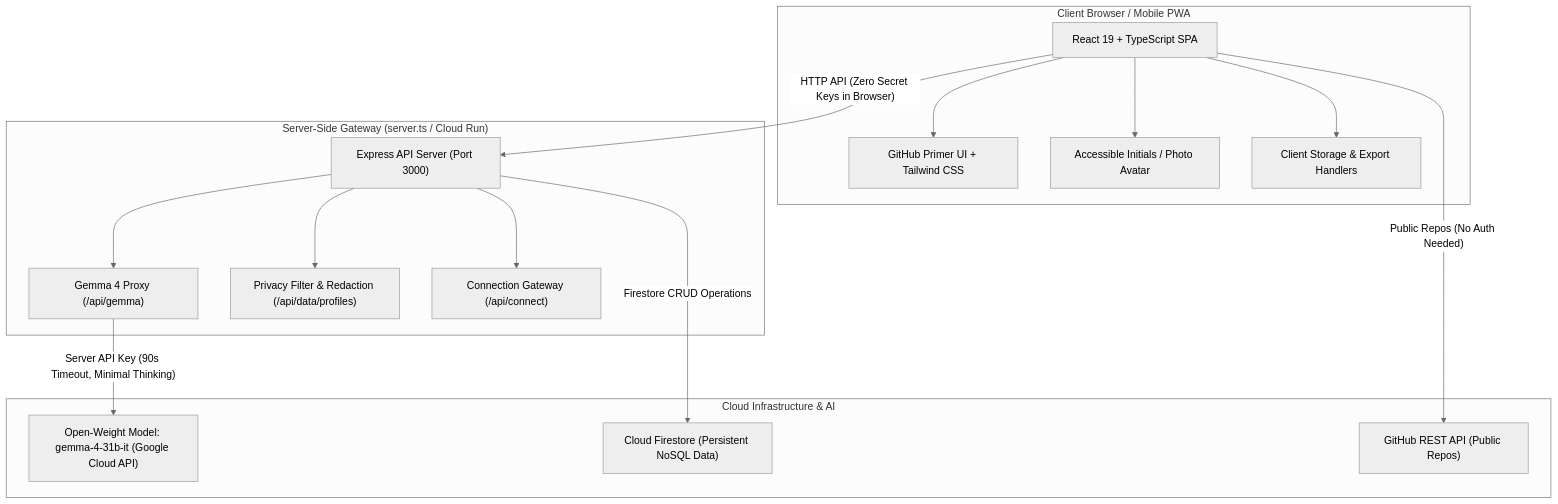
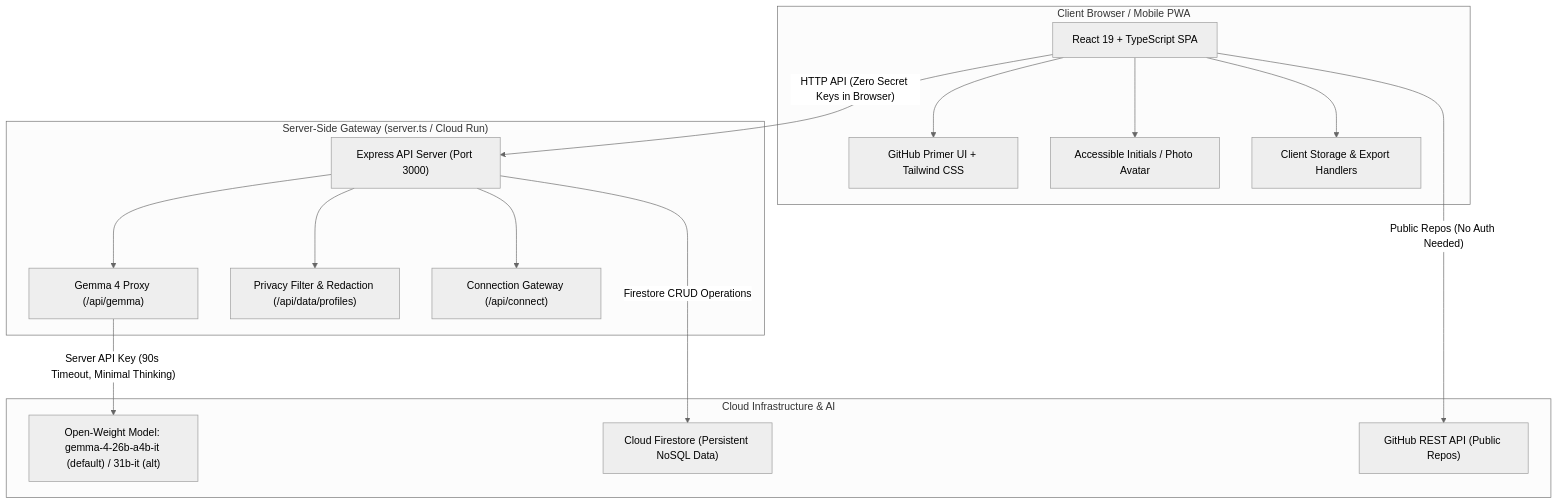
The diagram in README.md (Saifuddin2Ahmed/kwegatta), drawn with Mermaid (neutral theme) before and after one commit. The commit also changed other lines of this file and 29 other files, not shown here.

````diff
--- a/README.md
+++ b/README.md
@@ -106,34 +106,34 @@
 ```mermaid
 graph TD
     subgraph Client ["Client Browser / Mobile PWA"]
         UI["React 19 + TypeScript SPA"]
         PRIMER["GitHub Primer UI + Tailwind CSS"]
         AVATAR["Accessible Initials / Photo Avatar"]
         LOCAL["Client Storage & Export Handlers"]
         UI --> PRIMER
         UI --> AVATAR
         UI --> LOCAL
     end
 
     subgraph Server ["Server-Side Gateway (server.ts / Cloud Run)"]
         EXPRESS["Express API Server (Port 3000)"]
         PROXY["Gemma 4 Proxy (/api/gemma)"]
         PRIVACY["Privacy Filter & Redaction (/api/data/profiles)"]
         CONNECT["Connection Gateway (/api/connect)"]
         
         EXPRESS --> PROXY
         EXPRESS --> PRIVACY
         EXPRESS --> CONNECT
     end
 
     subgraph CloudServices ["Cloud Infrastructure & AI"]
-        GEMMA["Open-Weight Model: gemma-4-31b-it (Google Cloud API)"]
+        GEMMA["Open-Weight Model: gemma-4-26b-a4b-it (default) / 31b-it (alt)"]
         FIRESTORE["Cloud Firestore (Persistent NoSQL Data)"]
         GITHUB_API["GitHub REST API (Public Repos)"]
     end
 
     UI -->|"HTTP API (Zero Secret Keys in Browser)"| EXPRESS
     UI -->|"Public Repos (No Auth Needed)"| GITHUB_API
     PROXY -->|"Server API Key (90s Timeout, Minimal Thinking)"| GEMMA
     EXPRESS -->|"Firestore CRUD Operations"| FIRESTORE
 ```
````
